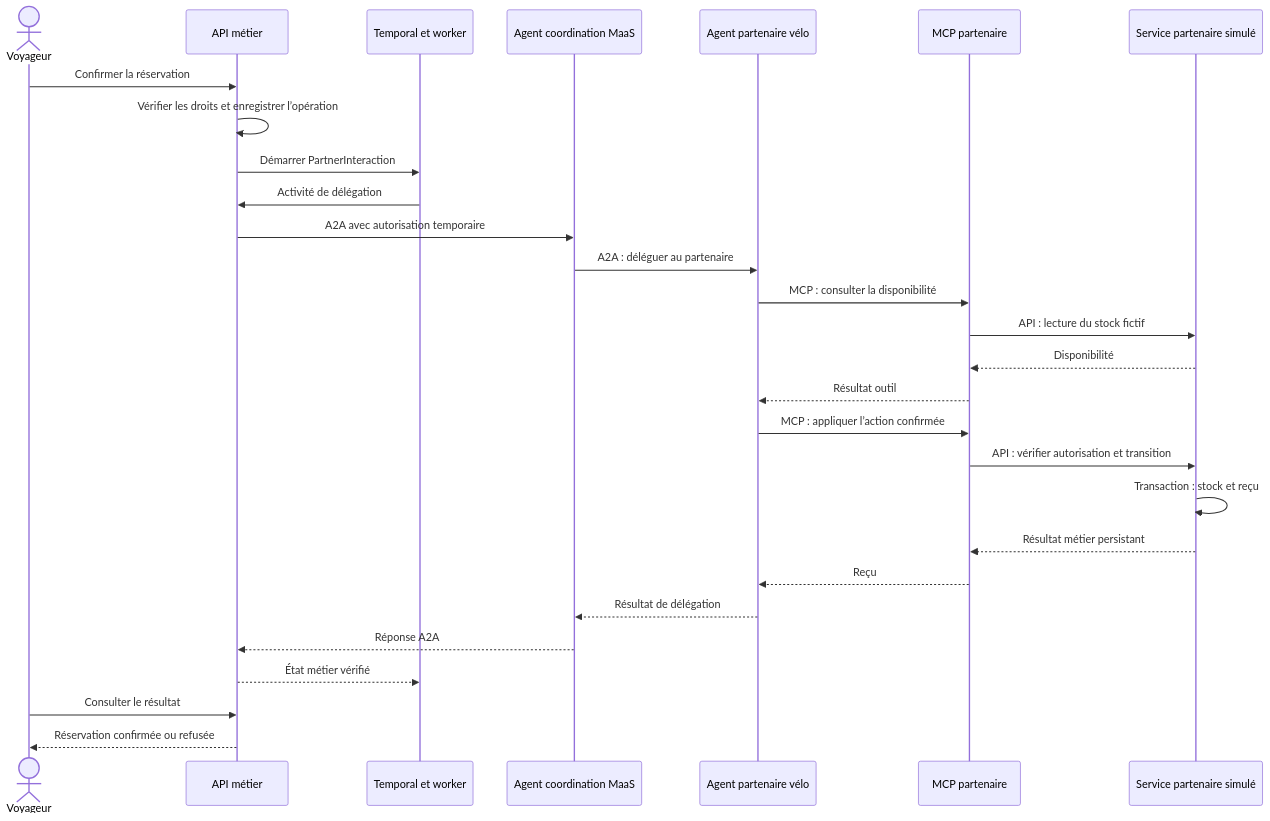
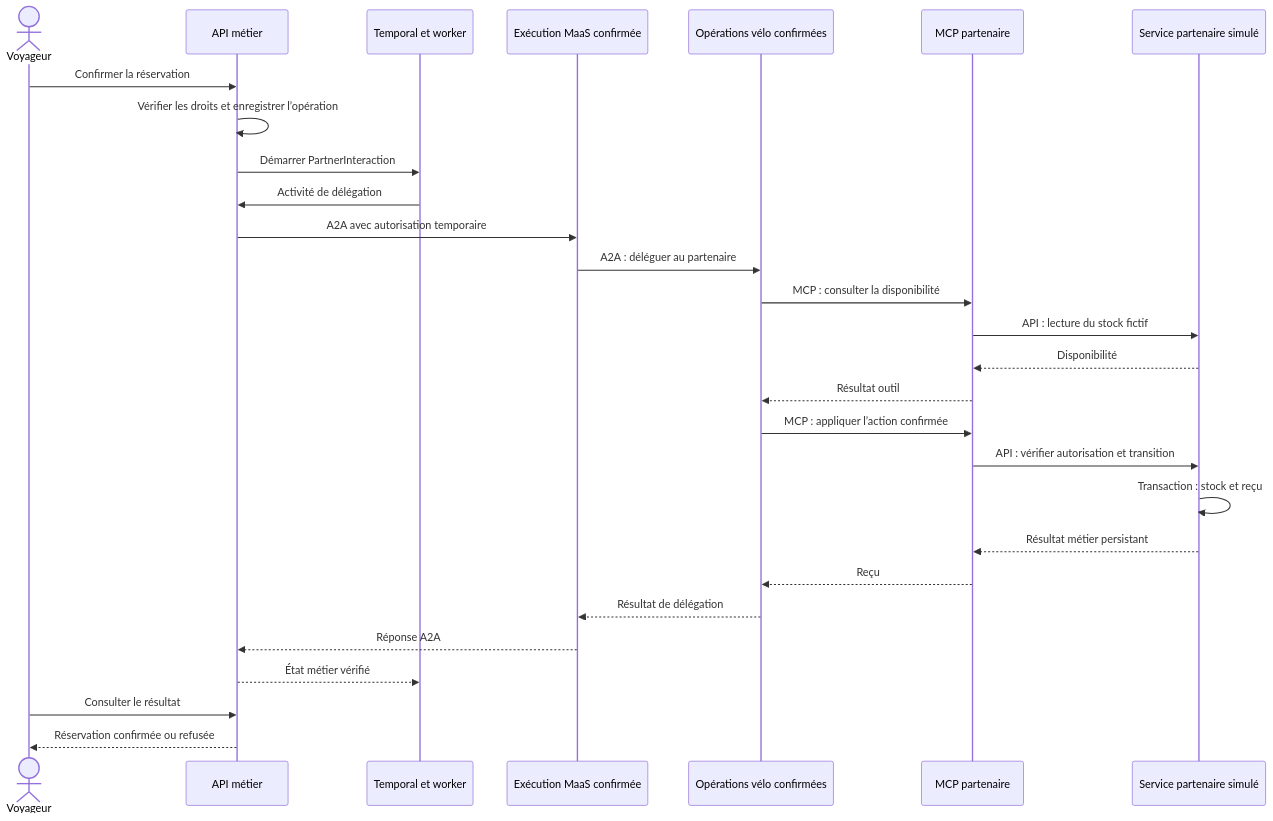
Before and after one commit to MaillardBenjamin/agentic-maas-lab: the third of 3 diagrams in docs/architecture/parcours.md, drawn with Mermaid. The commit also changed other lines of this file and 93 other files, not shown here.

````diff
--- a/docs/architecture/parcours.md
+++ b/docs/architecture/parcours.md
@@ -92,30 +83,30 @@
 ```mermaid
 sequenceDiagram
     actor V as Voyageur
     participant API as API métier
     participant T as Temporal et worker
-    participant M as Agent coordination MaaS
-    participant P as Agent partenaire vélo
+    participant M as Exécution MaaS confirmée
+    participant P as Opérations vélo confirmées
     participant MCP as MCP partenaire
     participant S as Service partenaire simulé
     V->>API: Confirmer la réservation
     API->>API: Vérifier les droits et enregistrer l’opération
     API->>T: Démarrer PartnerInteraction
     T->>API: Activité de délégation
     API->>M: A2A avec autorisation temporaire
     M->>P: A2A : déléguer au partenaire
     P->>MCP: MCP : consulter la disponibilité
     MCP->>S: API : lecture du stock fictif
     S-->>MCP: Disponibilité
     MCP-->>P: Résultat outil
     P->>MCP: MCP : appliquer l’action confirmée
     MCP->>S: API : vérifier autorisation et transition
     S->>S: Transaction : stock et reçu
     S-->>MCP: Résultat métier persistant
     MCP-->>P: Reçu
     P-->>M: Résultat de délégation
     M-->>API: Réponse A2A
     API-->>T: État métier vérifié
     V->>API: Consulter le résultat
     API-->>V: Réservation confirmée ou refusée
 ```
````
